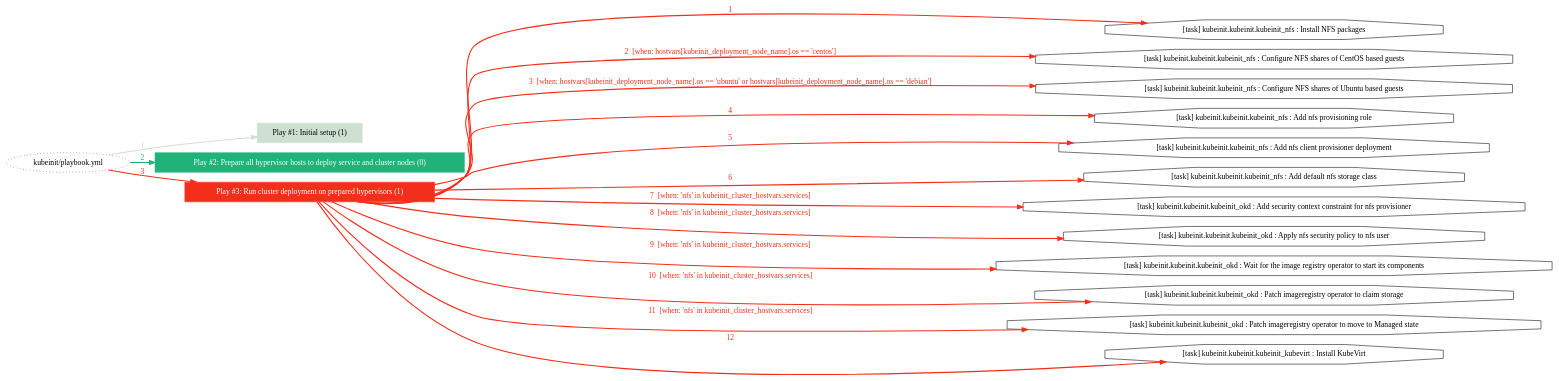
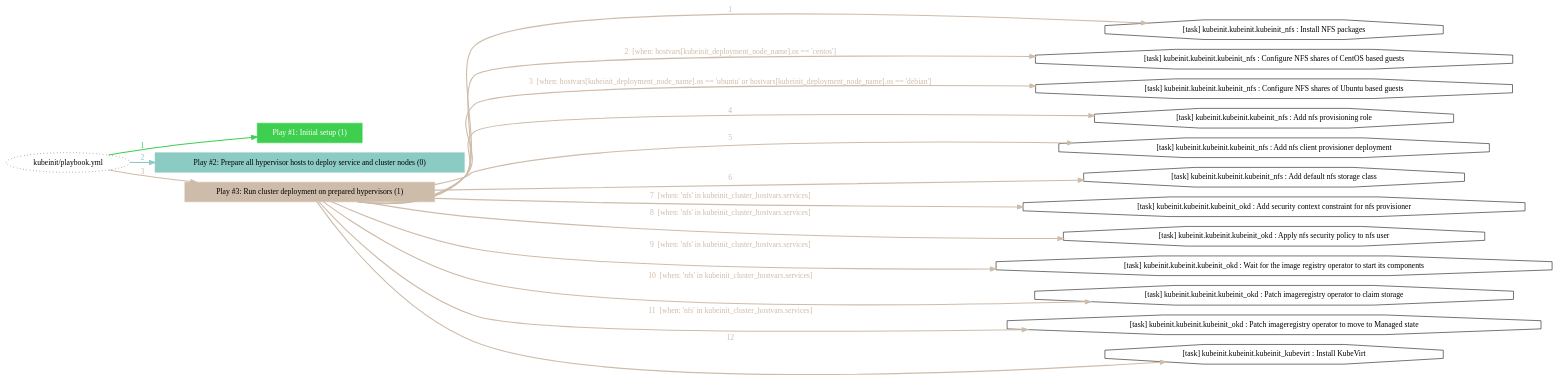
One commit to Kubeinit/kubeinit changed the diagram in _static/playbook_task_post_deployment.dot. Above: the diagram before and after it, drawn with Graphviz. The commit also changed 66 other files, not shown here.

```diff
--- a/_static/playbook_task_post_deployment.dot
+++ b/_static/playbook_task_post_deployment.dot
@@ -3,39 +3,39 @@
 	edge [esep=5 sep=10]
 	"kubeinit/playbook.yml" [id=root_node style=dotted]
 	subgraph "Play #1: Initial setup (1) "{
-		"Play #1: Initial setup (1)" [color="#cee0d1" fontcolor="#000000" id="play_dc27a9d3-cbc7-4490-8966-d961693db83a" shape=box style=filled tooltip=localhost]
-		"kubeinit/playbook.yml" -> "Play #1: Initial setup (1)" [label=1 color="#cee0d1" fontcolor="#cee0d1" id="edge_d8fb14f1-6cee-4e62-a9d7-21cc2aa3b181" style=bold]
+		"Play #1: Initial setup (1)" [color="#3ecf4e" fontcolor="#ffffff" id="play_50c718cb-160a-41d5-905b-d0cd9fb3d7e9" shape=box style=filled tooltip=localhost]
+		"kubeinit/playbook.yml" -> "Play #1: Initial setup (1)" [label=1 color="#3ecf4e" fontcolor="#3ecf4e" id="edge_392f0708-b05d-4ed4-b40a-8a9daf647566" style=bold]
 	}
 	subgraph "Play #2: Prepare all hypervisor hosts to deploy service and cluster nodes (0) "{
-		"Play #2: Prepare all hypervisor hosts to deploy service and cluster nodes (0)" [color="#20b279" fontcolor="#ffffff" id="play_bfe0701f-a8a8-4a58-8981-3371e3a677bb" shape=box style=filled tooltip=""]
-		"kubeinit/playbook.yml" -> "Play #2: Prepare all hypervisor hosts to deploy service and cluster nodes (0)" [label=2 color="#20b279" fontcolor="#20b279" id="edge_5cadb46b-3e76-41fa-bf47-cbd535762f4f" style=bold]
+		"Play #2: Prepare all hypervisor hosts to deploy service and cluster nodes (0)" [color="#8bcbc4" fontcolor="#000000" id="play_27cf5b83-5c9d-4a4c-9d43-4fa1e114dd45" shape=box style=filled tooltip=""]
+		"kubeinit/playbook.yml" -> "Play #2: Prepare all hypervisor hosts to deploy service and cluster nodes (0)" [label=2 color="#8bcbc4" fontcolor="#8bcbc4" id="edge_210d21c2-746b-451a-9ef3-a5d805a63578" style=bold]
 	}
 	subgraph "Play #3: Run cluster deployment on prepared hypervisors (1) "{
-		"Play #3: Run cluster deployment on prepared hypervisors (1)" [color="#f32f1b" fontcolor="#ffffff" id="play_900e3240-0372-4bc7-9c39-47f4205576de" shape=box style=filled tooltip=localhost]
-		"kubeinit/playbook.yml" -> "Play #3: Run cluster deployment on prepared hypervisors (1)" [label=3 color="#f32f1b" fontcolor="#f32f1b" id="edge_7d3145d0-24b6-47f6-ab4e-39f489140ffe" style=bold]
-		"task_a4a63c1c-1bcf-453b-8152-9bad0f84d0f9" [label="[task] kubeinit.kubeinit.kubeinit_nfs : Install NFS packages" id="task_a4a63c1c-1bcf-453b-8152-9bad0f84d0f9" shape=octagon tooltip="[task] kubeinit.kubeinit.kubeinit_nfs : Install NFS packages"]
-		"Play #3: Run cluster deployment on prepared hypervisors (1)" -> "task_a4a63c1c-1bcf-453b-8152-9bad0f84d0f9" [label=1 color="#f32f1b" fontcolor="#f32f1b" id="edge_a2e021f1-68fd-4912-9124-bc3a0dd267db" style=bold]
-		"task_14e34380-525e-4e37-8089-9487250c7eba" [label="[task] kubeinit.kubeinit.kubeinit_nfs : Configure NFS shares of CentOS based guests" id="task_14e34380-525e-4e37-8089-9487250c7eba" shape=octagon tooltip="[task] kubeinit.kubeinit.kubeinit_nfs : Configure NFS shares of CentOS based guests"]
-		"Play #3: Run cluster deployment on prepared hypervisors (1)" -> "task_14e34380-525e-4e37-8089-9487250c7eba" [label="2  [when: hostvars[kubeinit_deployment_node_name].os == 'centos']" color="#f32f1b" fontcolor="#f32f1b" id="edge_eb7ac368-429f-4d1f-a03d-f3592c8cfefc" style=bold]
-		"task_10145887-5f95-4f8e-a361-0117aa9f13ec" [label="[task] kubeinit.kubeinit.kubeinit_nfs : Configure NFS shares of Ubuntu based guests" id="task_10145887-5f95-4f8e-a361-0117aa9f13ec" shape=octagon tooltip="[task] kubeinit.kubeinit.kubeinit_nfs : Configure NFS shares of Ubuntu based guests"]
-		"Play #3: Run cluster deployment on prepared hypervisors (1)" -> "task_10145887-5f95-4f8e-a361-0117aa9f13ec" [label="3  [when: hostvars[kubeinit_deployment_node_name].os == 'ubuntu' or hostvars[kubeinit_deployment_node_name].os == 'debian']" color="#f32f1b" fontcolor="#f32f1b" id="edge_112de1e6-98ff-4e3f-aaf2-4d609242ebf6" style=bold]
-		"task_050357e8-89d4-4ba7-af4e-0b0940c41375" [label="[task] kubeinit.kubeinit.kubeinit_nfs : Add nfs provisioning role" id="task_050357e8-89d4-4ba7-af4e-0b0940c41375" shape=octagon tooltip="[task] kubeinit.kubeinit.kubeinit_nfs : Add nfs provisioning role"]
-		"Play #3: Run cluster deployment on prepared hypervisors (1)" -> "task_050357e8-89d4-4ba7-af4e-0b0940c41375" [label=4 color="#f32f1b" fontcolor="#f32f1b" id="edge_2fa11ef5-c3d9-4420-9bb9-b57d890165c9" style=bold]
-		"task_91ad17ff-43ec-461b-8b3d-819c727044d8" [label="[task] kubeinit.kubeinit.kubeinit_nfs : Add nfs client provisioner deployment" id="task_91ad17ff-43ec-461b-8b3d-819c727044d8" shape=octagon tooltip="[task] kubeinit.kubeinit.kubeinit_nfs : Add nfs client provisioner deployment"]
-		"Play #3: Run cluster deployment on prepared hypervisors (1)" -> "task_91ad17ff-43ec-461b-8b3d-819c727044d8" [label=5 color="#f32f1b" fontcolor="#f32f1b" id="edge_3e9af890-2573-4cb0-a76e-ad47039f0261" style=bold]
-		"task_25abf3cb-6ef7-4aaf-891e-e5093d698588" [label="[task] kubeinit.kubeinit.kubeinit_nfs : Add default nfs storage class" id="task_25abf3cb-6ef7-4aaf-891e-e5093d698588" shape=octagon tooltip="[task] kubeinit.kubeinit.kubeinit_nfs : Add default nfs storage class"]
-		"Play #3: Run cluster deployment on prepared hypervisors (1)" -> "task_25abf3cb-6ef7-4aaf-891e-e5093d698588" [label=6 color="#f32f1b" fontcolor="#f32f1b" id="edge_53fff149-d95c-427e-9cdc-5cce61f86f88" style=bold]
-		"task_9eabc896-2d8b-4259-a81a-edba6eb691bd" [label="[task] kubeinit.kubeinit.kubeinit_okd : Add security context constraint for nfs provisioner" id="task_9eabc896-2d8b-4259-a81a-edba6eb691bd" shape=octagon tooltip="[task] kubeinit.kubeinit.kubeinit_okd : Add security context constraint for nfs provisioner"]
-		"Play #3: Run cluster deployment on prepared hypervisors (1)" -> "task_9eabc896-2d8b-4259-a81a-edba6eb691bd" [label="7  [when: 'nfs' in kubeinit_cluster_hostvars.services]" color="#f32f1b" fontcolor="#f32f1b" id="edge_cbba6853-80e7-4394-9d9d-1db8a0db47ab" style=bold]
-		"task_93a9041f-fd63-4d8e-a137-db723805c633" [label="[task] kubeinit.kubeinit.kubeinit_okd : Apply nfs security policy to nfs user" id="task_93a9041f-fd63-4d8e-a137-db723805c633" shape=octagon tooltip="[task] kubeinit.kubeinit.kubeinit_okd : Apply nfs security policy to nfs user"]
-		"Play #3: Run cluster deployment on prepared hypervisors (1)" -> "task_93a9041f-fd63-4d8e-a137-db723805c633" [label="8  [when: 'nfs' in kubeinit_cluster_hostvars.services]" color="#f32f1b" fontcolor="#f32f1b" id="edge_a8f09195-ec60-4b1c-bba7-c55a8549586d" style=bold]
-		"task_e25637c9-aa1f-47da-99dc-1ca1f803bec9" [label="[task] kubeinit.kubeinit.kubeinit_okd : Wait for the image registry operator to start its components" id="task_e25637c9-aa1f-47da-99dc-1ca1f803bec9" shape=octagon tooltip="[task] kubeinit.kubeinit.kubeinit_okd : Wait for the image registry operator to start its components"]
-		"Play #3: Run cluster deployment on prepared hypervisors (1)" -> "task_e25637c9-aa1f-47da-99dc-1ca1f803bec9" [label="9  [when: 'nfs' in kubeinit_cluster_hostvars.services]" color="#f32f1b" fontcolor="#f32f1b" id="edge_5b085c32-67cc-486f-a8c0-2d21c3c6e601" style=bold]
-		"task_884f1812-7d56-4f8e-8bad-1812c54e9a72" [label="[task] kubeinit.kubeinit.kubeinit_okd : Patch imageregistry operator to claim storage" id="task_884f1812-7d56-4f8e-8bad-1812c54e9a72" shape=octagon tooltip="[task] kubeinit.kubeinit.kubeinit_okd : Patch imageregistry operator to claim storage"]
-		"Play #3: Run cluster deployment on prepared hypervisors (1)" -> "task_884f1812-7d56-4f8e-8bad-1812c54e9a72" [label="10  [when: 'nfs' in kubeinit_cluster_hostvars.services]" color="#f32f1b" fontcolor="#f32f1b" id="edge_8b23d1c2-2a91-4354-9228-817fd0909662" style=bold]
-		"task_2f4c5c18-a709-4bee-8c86-dfe4f74173b9" [label="[task] kubeinit.kubeinit.kubeinit_okd : Patch imageregistry operator to move to Managed state" id="task_2f4c5c18-a709-4bee-8c86-dfe4f74173b9" shape=octagon tooltip="[task] kubeinit.kubeinit.kubeinit_okd : Patch imageregistry operator to move to Managed state"]
-		"Play #3: Run cluster deployment on prepared hypervisors (1)" -> "task_2f4c5c18-a709-4bee-8c86-dfe4f74173b9" [label="11  [when: 'nfs' in kubeinit_cluster_hostvars.services]" color="#f32f1b" fontcolor="#f32f1b" id="edge_ce97d76a-b4b4-4427-83c2-d8fe04f1c3af" style=bold]
-		"task_51cadcb0-46b2-4445-af7f-721438939f98" [label="[task] kubeinit.kubeinit.kubeinit_kubevirt : Install KubeVirt" id="task_51cadcb0-46b2-4445-af7f-721438939f98" shape=octagon tooltip="[task] kubeinit.kubeinit.kubeinit_kubevirt : Install KubeVirt"]
-		"Play #3: Run cluster deployment on prepared hypervisors (1)" -> "task_51cadcb0-46b2-4445-af7f-721438939f98" [label=12 color="#f32f1b" fontcolor="#f32f1b" id="edge_ff01a02e-fbe0-4045-a14b-bd9f375ab9e0" style=bold]
+		"Play #3: Run cluster deployment on prepared hypervisors (1)" [color="#cebcaa" fontcolor="#000000" id="play_15846237-0724-4d28-a590-2d100415ff20" shape=box style=filled tooltip=localhost]
+		"kubeinit/playbook.yml" -> "Play #3: Run cluster deployment on prepared hypervisors (1)" [label=3 color="#cebcaa" fontcolor="#cebcaa" id="edge_ee51a890-45c6-4df5-b384-0a1fccb574ce" style=bold]
+		"task_873f8b73-5ff5-403a-856b-640c262d1fb2" [label="[task] kubeinit.kubeinit.kubeinit_nfs : Install NFS packages" id="task_873f8b73-5ff5-403a-856b-640c262d1fb2" shape=octagon tooltip="[task] kubeinit.kubeinit.kubeinit_nfs : Install NFS packages"]
+		"Play #3: Run cluster deployment on prepared hypervisors (1)" -> "task_873f8b73-5ff5-403a-856b-640c262d1fb2" [label=1 color="#cebcaa" fontcolor="#cebcaa" id="edge_6f0543bf-f0b6-429f-af5a-012cb7445e6f" style=bold]
+		"task_8c4a79fc-c5c2-49ab-8ccb-e1c1f78c33c4" [label="[task] kubeinit.kubeinit.kubeinit_nfs : Configure NFS shares of CentOS based guests" id="task_8c4a79fc-c5c2-49ab-8ccb-e1c1f78c33c4" shape=octagon tooltip="[task] kubeinit.kubeinit.kubeinit_nfs : Configure NFS shares of CentOS based guests"]
+		"Play #3: Run cluster deployment on prepared hypervisors (1)" -> "task_8c4a79fc-c5c2-49ab-8ccb-e1c1f78c33c4" [label="2  [when: hostvars[kubeinit_deployment_node_name].os == 'centos']" color="#cebcaa" fontcolor="#cebcaa" id="edge_fc8c0816-72a7-4285-bc67-963931ed8c34" style=bold]
+		"task_acf696b0-5fff-46c1-9c07-46e391b18619" [label="[task] kubeinit.kubeinit.kubeinit_nfs : Configure NFS shares of Ubuntu based guests" id="task_acf696b0-5fff-46c1-9c07-46e391b18619" shape=octagon tooltip="[task] kubeinit.kubeinit.kubeinit_nfs : Configure NFS shares of Ubuntu based guests"]
+		"Play #3: Run cluster deployment on prepared hypervisors (1)" -> "task_acf696b0-5fff-46c1-9c07-46e391b18619" [label="3  [when: hostvars[kubeinit_deployment_node_name].os == 'ubuntu' or hostvars[kubeinit_deployment_node_name].os == 'debian']" color="#cebcaa" fontcolor="#cebcaa" id="edge_eed3e41d-986c-40ef-866f-b6478b8ec168" style=bold]
+		"task_364e3dbf-1d35-4933-84df-5b3c5a68ff31" [label="[task] kubeinit.kubeinit.kubeinit_nfs : Add nfs provisioning role" id="task_364e3dbf-1d35-4933-84df-5b3c5a68ff31" shape=octagon tooltip="[task] kubeinit.kubeinit.kubeinit_nfs : Add nfs provisioning role"]
+		"Play #3: Run cluster deployment on prepared hypervisors (1)" -> "task_364e3dbf-1d35-4933-84df-5b3c5a68ff31" [label=4 color="#cebcaa" fontcolor="#cebcaa" id="edge_121d99fc-621f-4a8d-9b30-44160eb19c23" style=bold]
+		"task_e89729c5-05ee-4465-92d8-efc3bc891fba" [label="[task] kubeinit.kubeinit.kubeinit_nfs : Add nfs client provisioner deployment" id="task_e89729c5-05ee-4465-92d8-efc3bc891fba" shape=octagon tooltip="[task] kubeinit.kubeinit.kubeinit_nfs : Add nfs client provisioner deployment"]
+		"Play #3: Run cluster deployment on prepared hypervisors (1)" -> "task_e89729c5-05ee-4465-92d8-efc3bc891fba" [label=5 color="#cebcaa" fontcolor="#cebcaa" id="edge_ae9e79fc-703d-4ff7-8ac1-9eba6b38aa37" style=bold]
+		"task_4737ff16-ccf0-46dc-9fa1-24a4c2cc0a7c" [label="[task] kubeinit.kubeinit.kubeinit_nfs : Add default nfs storage class" id="task_4737ff16-ccf0-46dc-9fa1-24a4c2cc0a7c" shape=octagon tooltip="[task] kubeinit.kubeinit.kubeinit_nfs : Add default nfs storage class"]
+		"Play #3: Run cluster deployment on prepared hypervisors (1)" -> "task_4737ff16-ccf0-46dc-9fa1-24a4c2cc0a7c" [label=6 color="#cebcaa" fontcolor="#cebcaa" id="edge_b5a44b0c-a856-416f-9278-f54523ddbec5" style=bold]
+		"task_6568bbd3-d2b6-4953-b287-f8c22cdcc9af" [label="[task] kubeinit.kubeinit.kubeinit_okd : Add security context constraint for nfs provisioner" id="task_6568bbd3-d2b6-4953-b287-f8c22cdcc9af" shape=octagon tooltip="[task] kubeinit.kubeinit.kubeinit_okd : Add security context constraint for nfs provisioner"]
+		"Play #3: Run cluster deployment on prepared hypervisors (1)" -> "task_6568bbd3-d2b6-4953-b287-f8c22cdcc9af" [label="7  [when: 'nfs' in kubeinit_cluster_hostvars.services]" color="#cebcaa" fontcolor="#cebcaa" id="edge_718a22a2-417a-4d6a-b2b4-c7fbc5616e5f" style=bold]
+		"task_2feaf8e4-391b-482b-9956-9999c9f8fb20" [label="[task] kubeinit.kubeinit.kubeinit_okd : Apply nfs security policy to nfs user" id="task_2feaf8e4-391b-482b-9956-9999c9f8fb20" shape=octagon tooltip="[task] kubeinit.kubeinit.kubeinit_okd : Apply nfs security policy to nfs user"]
+		"Play #3: Run cluster deployment on prepared hypervisors (1)" -> "task_2feaf8e4-391b-482b-9956-9999c9f8fb20" [label="8  [when: 'nfs' in kubeinit_cluster_hostvars.services]" color="#cebcaa" fontcolor="#cebcaa" id="edge_0734e5b2-daf4-4ccd-90cc-bad0566fcf67" style=bold]
+		"task_8145bad0-7a2c-44dd-bc72-a597d4675f89" [label="[task] kubeinit.kubeinit.kubeinit_okd : Wait for the image registry operator to start its components" id="task_8145bad0-7a2c-44dd-bc72-a597d4675f89" shape=octagon tooltip="[task] kubeinit.kubeinit.kubeinit_okd : Wait for the image registry operator to start its components"]
+		"Play #3: Run cluster deployment on prepared hypervisors (1)" -> "task_8145bad0-7a2c-44dd-bc72-a597d4675f89" [label="9  [when: 'nfs' in kubeinit_cluster_hostvars.services]" color="#cebcaa" fontcolor="#cebcaa" id="edge_1d2661c1-f487-435a-a6c5-30a2afc9671a" style=bold]
+		"task_c106905f-141a-44f5-8b0e-fff4a90fe7c9" [label="[task] kubeinit.kubeinit.kubeinit_okd : Patch imageregistry operator to claim storage" id="task_c106905f-141a-44f5-8b0e-fff4a90fe7c9" shape=octagon tooltip="[task] kubeinit.kubeinit.kubeinit_okd : Patch imageregistry operator to claim storage"]
+		"Play #3: Run cluster deployment on prepared hypervisors (1)" -> "task_c106905f-141a-44f5-8b0e-fff4a90fe7c9" [label="10  [when: 'nfs' in kubeinit_cluster_hostvars.services]" color="#cebcaa" fontcolor="#cebcaa" id="edge_bd92a589-5325-426f-87ad-d0ffde136d88" style=bold]
+		"task_6f2c35d7-0e71-415b-a0c2-3c85ae33cce8" [label="[task] kubeinit.kubeinit.kubeinit_okd : Patch imageregistry operator to move to Managed state" id="task_6f2c35d7-0e71-415b-a0c2-3c85ae33cce8" shape=octagon tooltip="[task] kubeinit.kubeinit.kubeinit_okd : Patch imageregistry operator to move to Managed state"]
+		"Play #3: Run cluster deployment on prepared hypervisors (1)" -> "task_6f2c35d7-0e71-415b-a0c2-3c85ae33cce8" [label="11  [when: 'nfs' in kubeinit_cluster_hostvars.services]" color="#cebcaa" fontcolor="#cebcaa" id="edge_8239c0f1-d162-41a5-8765-1501dc04442f" style=bold]
+		"task_f991c5d8-2fb7-44ea-8aae-97408c9f20a1" [label="[task] kubeinit.kubeinit.kubeinit_kubevirt : Install KubeVirt" id="task_f991c5d8-2fb7-44ea-8aae-97408c9f20a1" shape=octagon tooltip="[task] kubeinit.kubeinit.kubeinit_kubevirt : Install KubeVirt"]
+		"Play #3: Run cluster deployment on prepared hypervisors (1)" -> "task_f991c5d8-2fb7-44ea-8aae-97408c9f20a1" [label=12 color="#cebcaa" fontcolor="#cebcaa" id="edge_82a32fcd-f22e-410e-895b-f93690c1359a" style=bold]
 	}
 }
```
